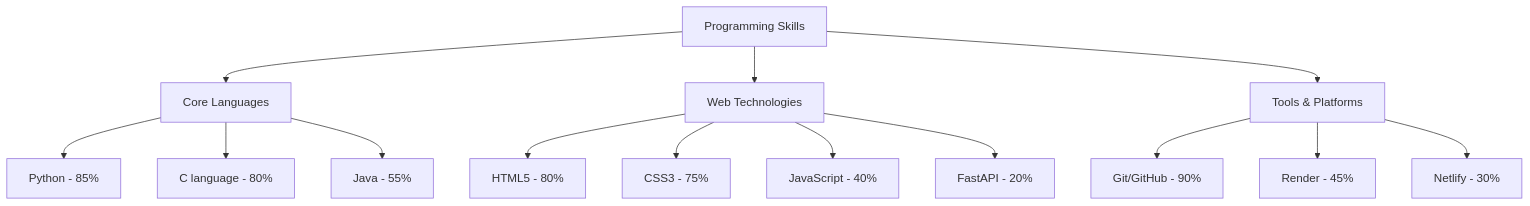
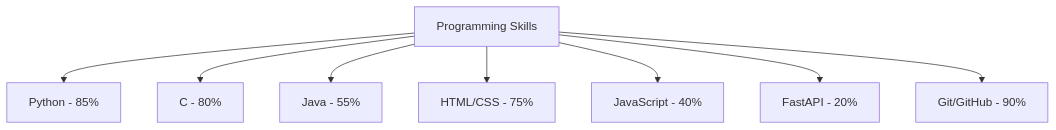
One commit to aditya25shah/aditya25shah changed the first of 5 diagrams in README.md. Above: the diagram before and after it, drawn with Mermaid. The commit also changed other lines of this file, not shown here.

````diff
--- a/README.md
+++ b/README.md
@@ -66,19 +69,10 @@
 ```mermaid
 graph TD
-    A[Programming Skills] --> B[Core Languages]
-    A --> C[Web Technologies]
-    A --> D[Tools & Platforms]
-    
-    B --> B1[Python - 85%]
-    B --> B2[C language - 80%]
-    B --> B3[Java - 55%]
-    
-    C --> C1[HTML5 - 80%]
-    C --> C2[CSS3 - 75%]
-    C --> C3[JavaScript - 40%]
-    C --> C4[FastAPI - 20%]
-    
-    D --> D1[Git/GitHub - 90%]
-    D --> D2[Render - 45%]
-    D --> D3[Netlify - 30%]
+    A[Programming Skills] --> B[Python - 85%]
+    A --> C[C - 80%]
+    A --> D[Java - 55%]
+    A --> E[HTML/CSS - 75%]
+    A --> F[JavaScript - 40%]
+    A --> G[FastAPI - 20%]
+    A --> H[Git/GitHub - 90%]
 ```
````
